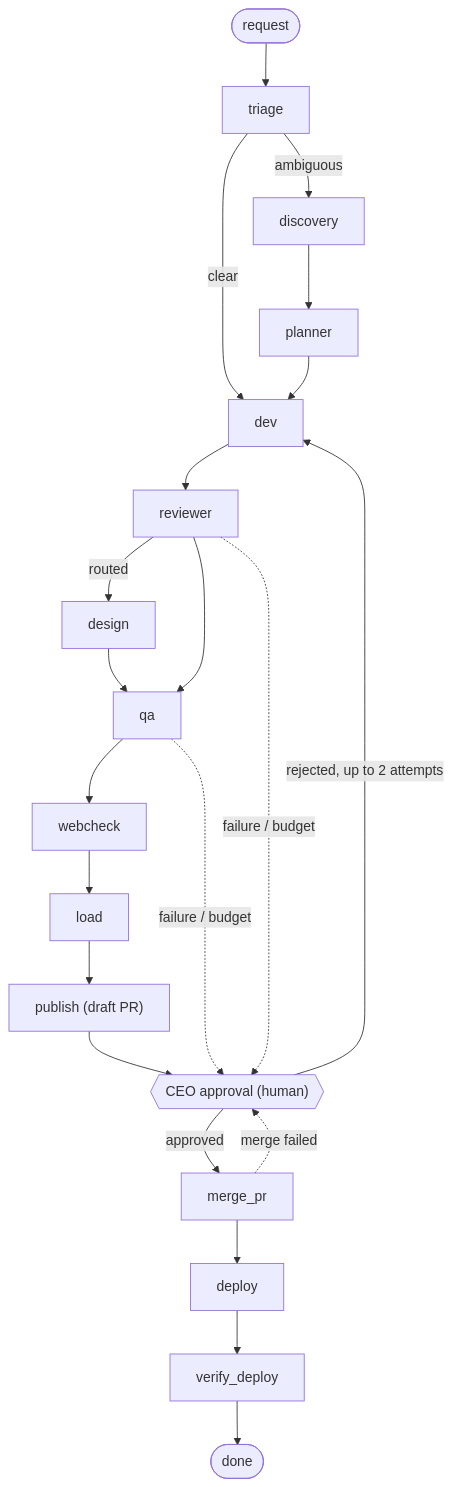
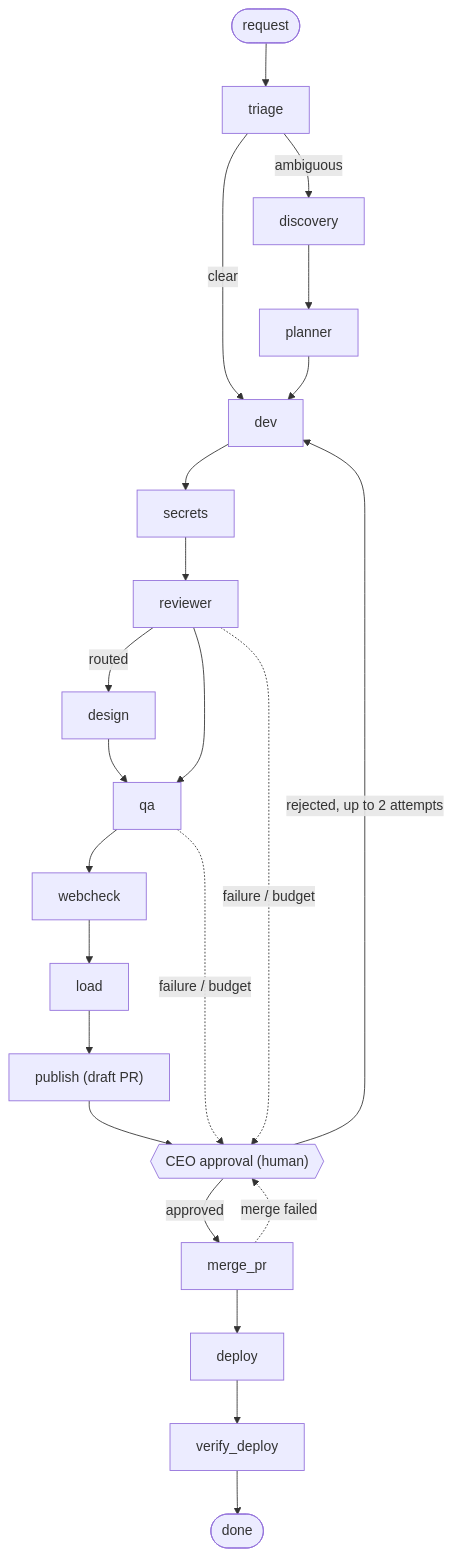
One commit to venturelli-91/agent-softhouse-orchestrator changed the diagram in README.md. Above: the diagram before and after it, drawn with Mermaid. The commit also changed other lines of this file, not shown here.

Commit message:
docs(secrets): documentar o estágio secrets no grafo do ticket

````diff
--- a/README.md
+++ b/README.md
@@ -17,24 +18,25 @@
 ```mermaid
 flowchart TD
     S([request]) --> triage
     triage -->|clear| dev
     triage -->|ambiguous| discovery
     discovery --> planner
     planner --> dev
-    dev --> reviewer
+    dev --> secrets
+    secrets --> reviewer
     reviewer -->|routed| design
     reviewer --> qa
     design --> qa
     qa --> webcheck
     webcheck --> load
     load --> publish["publish (draft PR)"]
     publish --> gate{{"CEO approval (human)"}}
     reviewer -.->|failure / budget| gate
     qa -.->|failure / budget| gate
     gate -->|rejected, up to 2 attempts| dev
     gate -->|approved| merge_pr
     merge_pr --> deploy
     deploy --> verify_deploy
     verify_deploy --> E([done])
     merge_pr -.->|merge failed| gate
 ```
````
